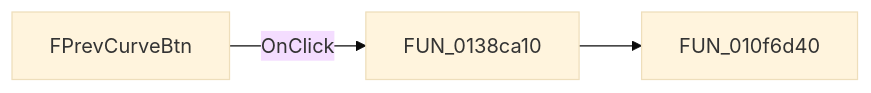
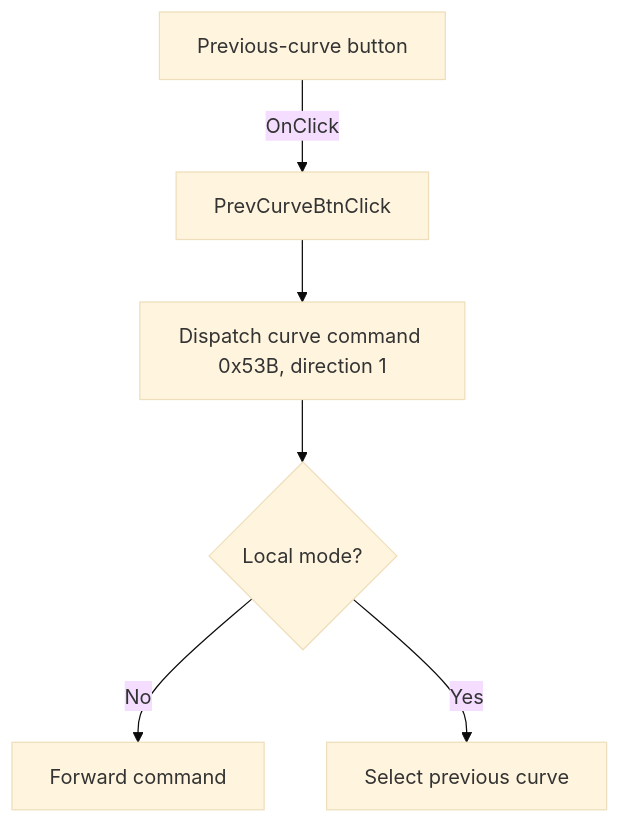
One commit to MovGP0/TIARA changed the diagram in docs/ui-controls/signalanalyzerwin/fprevcurvebtn-7ccaf84006.md. Above: the diagram before and after it, drawn with Mermaid (base theme). The commit also changed other lines of this file and 1062 other files, not shown here.

````diff
--- a/docs/ui-controls/signalanalyzerwin/fprevcurvebtn-7ccaf84006.md
+++ b/docs/ui-controls/signalanalyzerwin/fprevcurvebtn-7ccaf84006.md
@@ -27,5 +29,8 @@
 ```mermaid
-flowchart LR
-    control["FPrevCurveBtn"] -->|OnClick| handler["FUN_0138ca10"]
-    handler --> call1["FUN_010f6d40"]
+flowchart TD
+    control["Previous-curve button"] -->|OnClick| handler["PrevCurveBtnClick"]
+    handler --> command["Dispatch curve command 0x53B, direction 1"]
+    command --> mode{"Local mode?"}
+    mode -->|No| remote["Forward command"]
+    mode -->|Yes| select["Select previous curve"]
 ```
````
